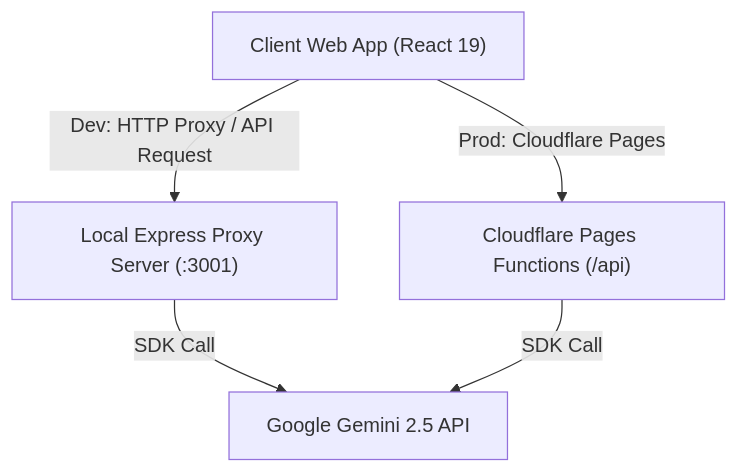
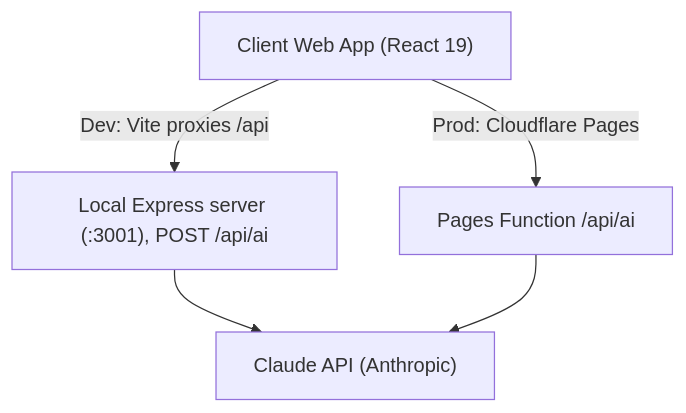
The diagram in README.md (belajarcarabelajar/adaptiva), drawn with Mermaid before and after one commit. The commit also changed other lines of this file and 61 other files, not shown here.

First line of the commit message:
fix(ai): move AI calls to the Claude API with schema-checked JSON (7-day plan failure) (#73)

````diff
--- a/README.md
+++ b/README.md
@@ -59,7 +59,7 @@
 ```mermaid
 graph TD
-    A["Client Web App (React 19)"] -->|Dev: HTTP Proxy / API Request| B["Local Express Proxy Server (:3001)"]
-    A -->|Prod: Cloudflare Pages| C["Cloudflare Pages Functions (/api)"]
-    B -->|SDK Call| D["Google Gemini 2.5 API"]
-    C -->|SDK Call| D
+    A["Client Web App (React 19)"] -->|"Dev: Vite proxies /api"| B["Local Express server (:3001), POST /api/ai"]
+    A -->|Prod: Cloudflare Pages| C["Pages Function /api/ai"]
+    B --> D["Claude API (Anthropic)"]
+    C --> D
 ```
````
